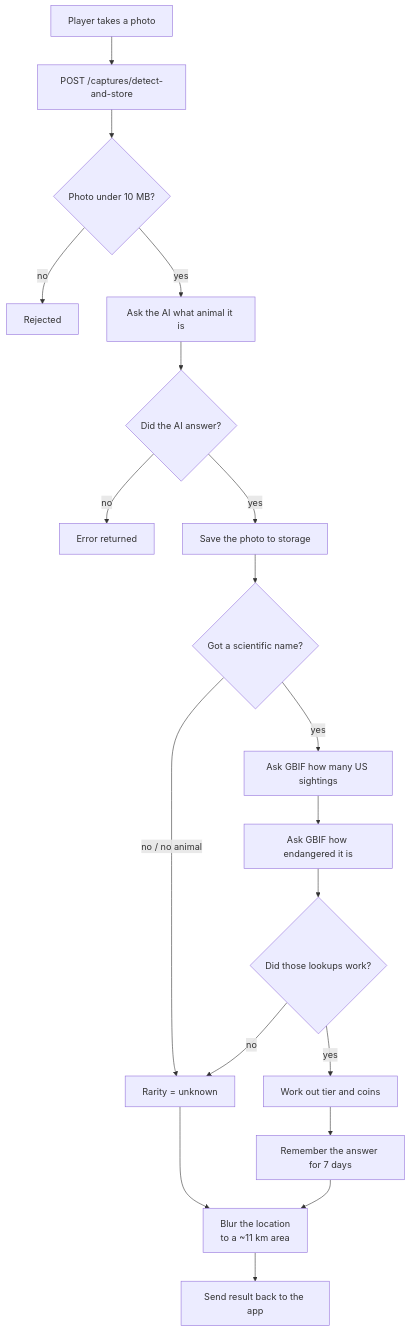
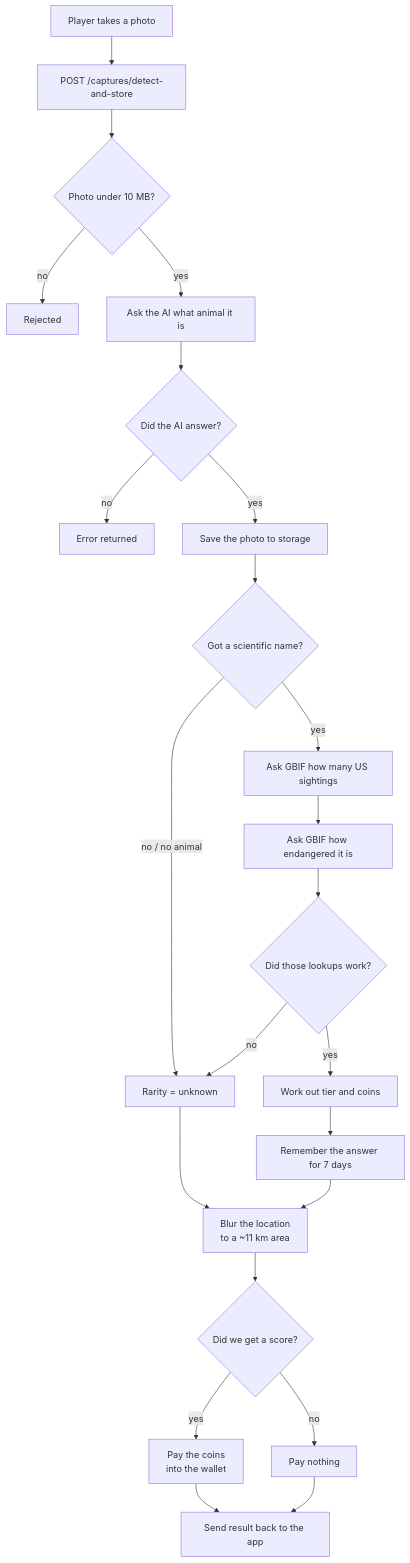
The diagram in backend/docs/capture-flow.md (Daominh09/animalgo), drawn with Mermaid before and after one commit. The commit also changed other lines of this file and 2 other files, not shown here.

First line of the commit message:
Pay the player for a scored capture

````diff
--- a/backend/docs/capture-flow.md
+++ b/backend/docs/capture-flow.md
@@ -20,27 +21,31 @@
 ```mermaid
 flowchart TD
     A["Player takes a photo"] --> B["POST /captures/detect-and-store"]
     B --> C{"Photo under 10 MB?"}
     C -- "no" --> C1["Rejected"]
     C -- "yes" --> D["Ask the AI what animal it is"]
 
     D --> E{"Did the AI answer?"}
     E -- "no" --> E1["Error returned"]
     E -- "yes" --> F["Save the photo to storage"]
 
     F --> G{"Got a scientific name?"}
     G -- "no / no animal" --> Z["Rarity = unknown"]
     G -- "yes" --> H["Ask GBIF how many US sightings"]
 
     H --> I["Ask GBIF how endangered it is"]
     I --> J{"Did those lookups work?"}
     J -- "no" --> Z
     J -- "yes" --> K["Work out tier and coins"]
 
     K --> L["Remember the answer for 7 days"]
     L --> Q
     Z --> Q
 
     Q["Blur the location<br/>to a ~11 km area"]
-    Q --> M["Send result back to the app"]
+    Q --> W{"Did we get a score?"}
+    W -- "yes" --> X["Pay the coins<br/>into the wallet"]
+    W -- "no" --> Y["Pay nothing"]
+    X --> M["Send result back to the app"]
+    Y --> M
 ```
````
